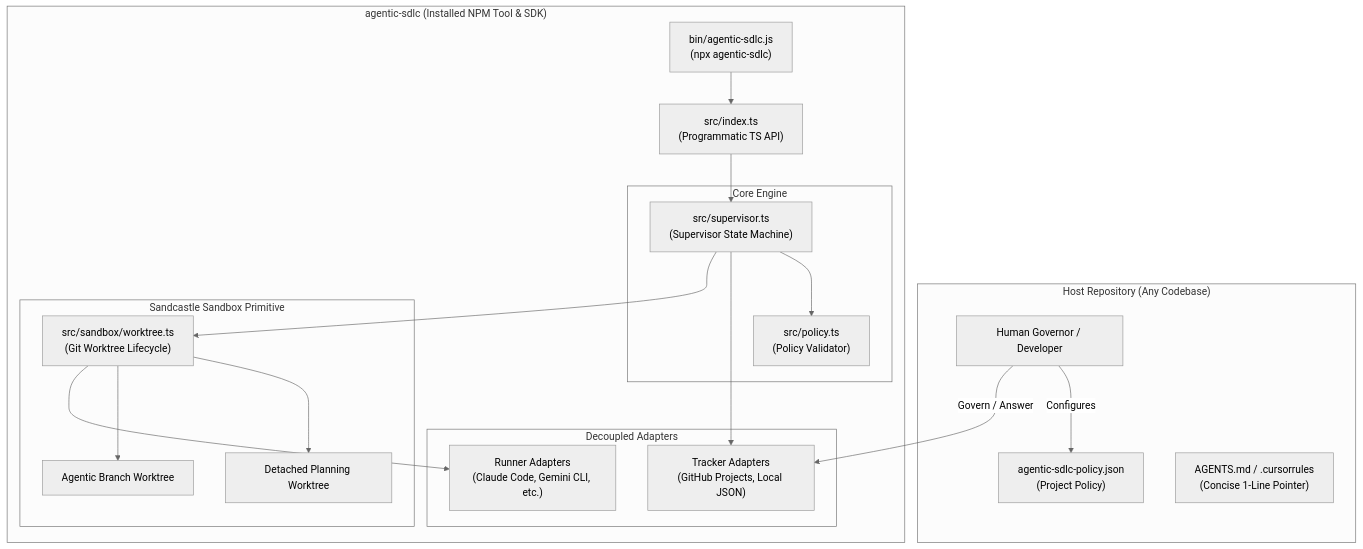
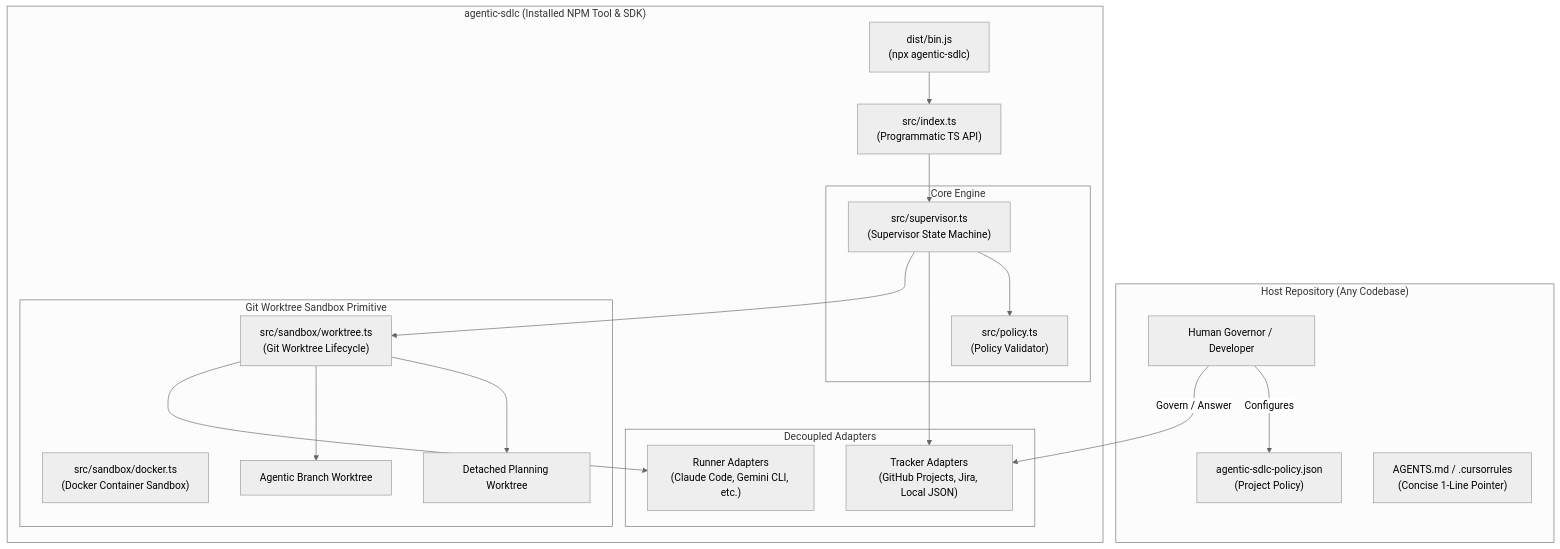
One commit to dmitriywind/agentic-sdlc changed the first of 2 diagrams in README.md. Above: the diagram before and after it, drawn with Mermaid (neutral theme). The commit also changed other lines of this file and 10 other files, not shown here.

````diff
--- a/README.md
+++ b/README.md
@@ -106,40 +106,41 @@
 ```mermaid
 flowchart TD
     subgraph HostRepo ["Host Repository (Any Codebase)"]
         PolicyConfig["agentic-sdlc-policy.json\n(Project Policy)"]
         RulesPointer["AGENTS.md / .cursorrules\n(Concise 1-Line Pointer)"]
         HumanDev["Human Governor / Developer"]
     end
 
     subgraph Package ["agentic-sdlc (Installed NPM Tool & SDK)"]
-        CLI["bin/agentic-sdlc.js\n(npx agentic-sdlc)"]
+        CLI["dist/bin.js\n(npx agentic-sdlc)"]
         SDK["src/index.ts\n(Programmatic TS API)"]
         
         subgraph Engine ["Core Engine"]
             Supervisor["src/supervisor.ts\n(Supervisor State Machine)"]
             Validator["src/policy.ts\n(Policy Validator)"]
         end
 
-        subgraph Sandcastle ["Sandcastle Sandbox Primitive"]
+        subgraph Sandbox ["Git Worktree Sandbox Primitive"]
             WorktreeMgr["src/sandbox/worktree.ts\n(Git Worktree Lifecycle)"]
+            DockerMgr["src/sandbox/docker.ts\n(Docker Container Sandbox)"]
             DetachedTree["Detached Planning Worktree"]
             BranchTree["Agentic Branch Worktree"]
         end
 
         subgraph Adapters ["Decoupled Adapters"]
-            TrackerAdapter["Tracker Adapters\n(GitHub Projects, Local JSON)"]
+            TrackerAdapter["Tracker Adapters\n(GitHub Projects, Jira, Local JSON)"]
             RunnerAdapter["Runner Adapters\n(Claude Code, Gemini CLI, etc.)"]
         end
     end
 
     HumanDev -->|Configures| PolicyConfig
     HumanDev -->|Govern / Answer| TrackerAdapter
     CLI --> SDK
     SDK --> Supervisor
     Supervisor --> Validator
     Supervisor --> TrackerAdapter
     Supervisor --> WorktreeMgr
     WorktreeMgr --> DetachedTree
     WorktreeMgr --> BranchTree
     WorktreeMgr --> RunnerAdapter
 ```
````
